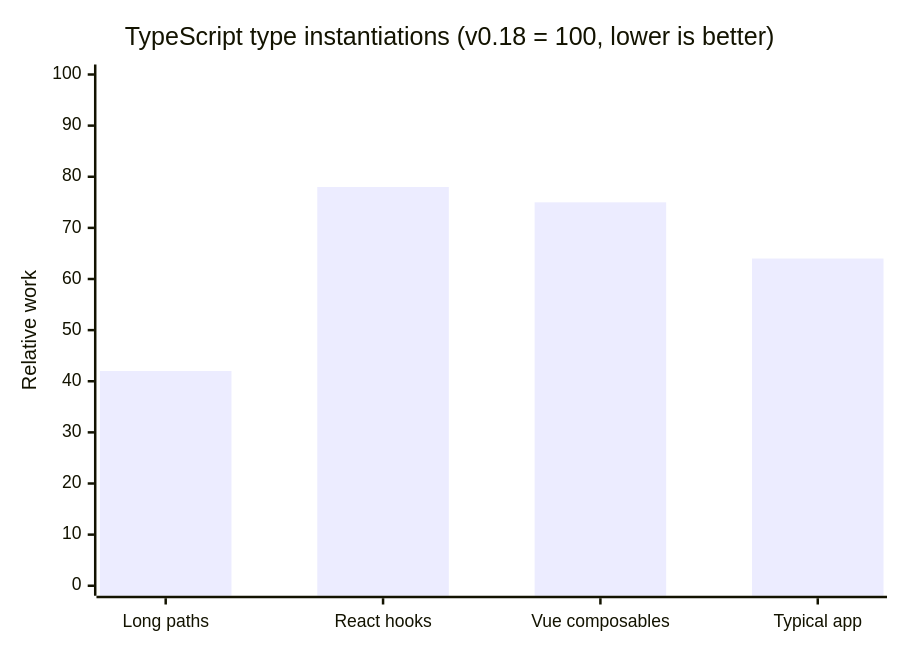
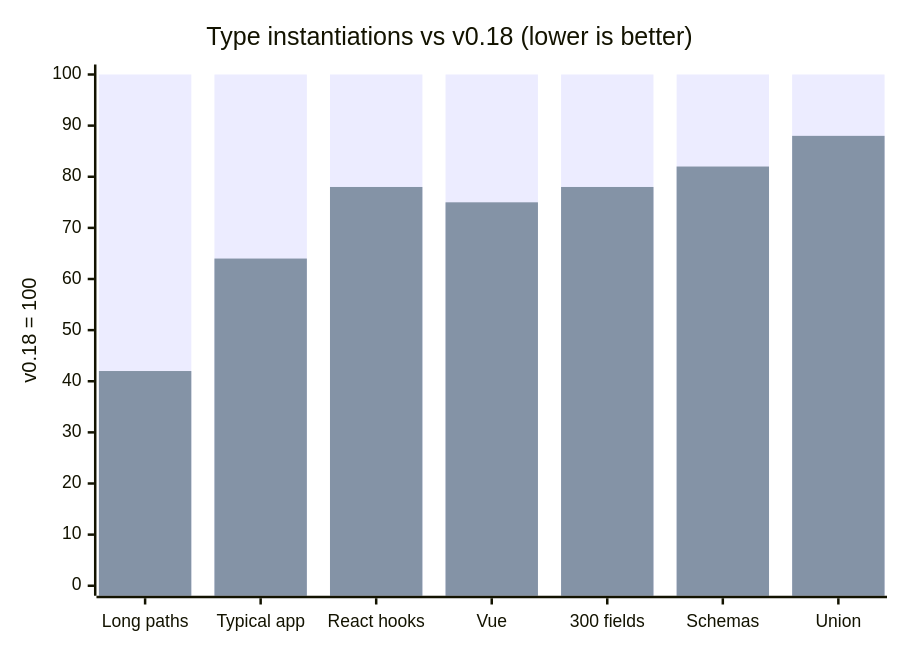
The fourth of 4 diagrams in website/blog/2026-10-03-v0.19-batch-set.md (reactive/data-client), drawn with Mermaid before and after one commit. The commit also changed other lines of this file, not shown here.

First line of the commit message:
docs(blog): Headline faster TypeScript in v0.19 post with charts and full results

````diff
--- a/website/blog/2026-10-03-v0.19-batch-set.md
+++ b/website/blog/2026-10-03-v0.19-batch-set.md
@@ -210,7 +250,8 @@
 ```mermaid
 xychart-beta
-    title "TypeScript type instantiations (v0.18 = 100, lower is better)"
-    x-axis ["Long paths", "React hooks", "Vue composables", "Typical app"]
-    y-axis "Relative work" 0 --> 100
-    bar [42, 78, 75, 64]
+    title "Type instantiations vs v0.18 (lower is better)"
+    x-axis ["Long paths", "Typical app", "React hooks", "Vue", "300 fields", "Schemas", "Union"]
+    y-axis "v0.18 = 100" 0 --> 100
+    bar [100, 100, 100, 100, 100, 100, 100]
+    bar [42, 64, 78, 75, 78, 82, 88]
 ```
````
